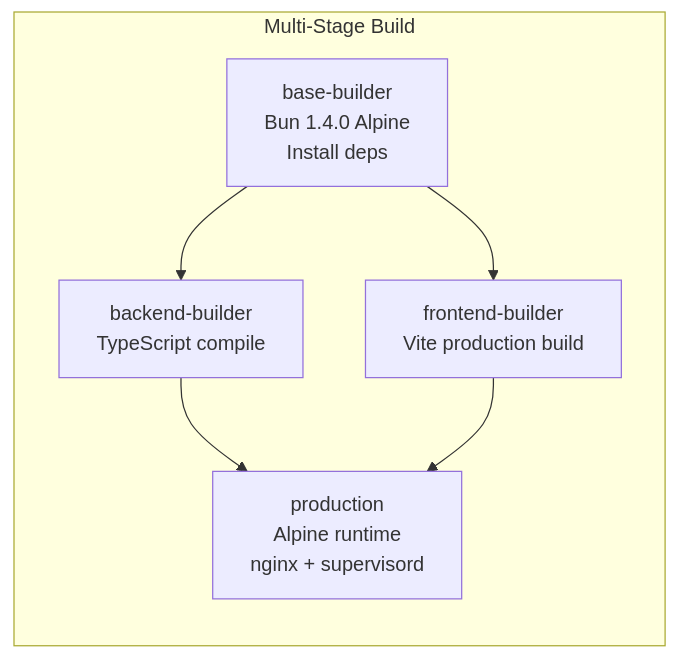
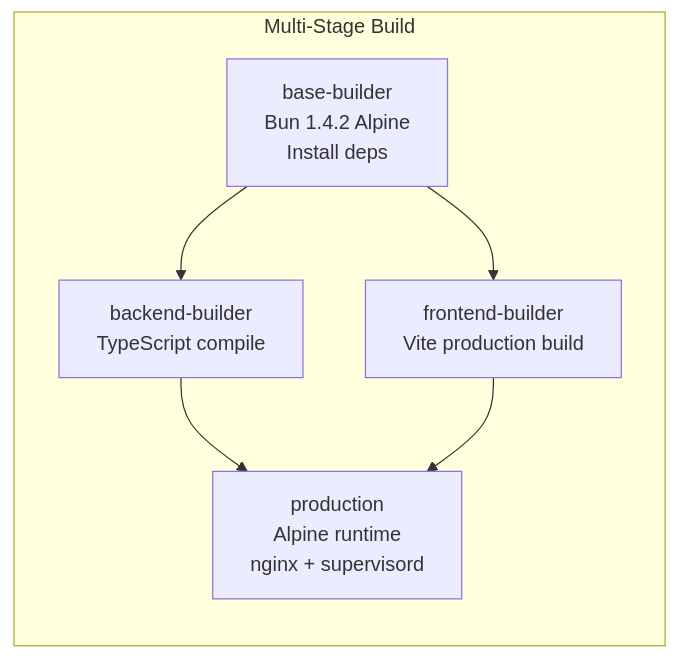
Before and after one commit to NomadicDaddy/spernakit: the first of 3 diagrams in docs/template/architecture/deployment-architecture.md, drawn with Mermaid. The commit also changed 50 other files, not shown here.

````diff
--- a/docs/template/architecture/deployment-architecture.md
+++ b/docs/template/architecture/deployment-architecture.md
@@ -7,14 +7,14 @@
 ```mermaid
 graph LR
     subgraph "Multi-Stage Build"
-        base["base-builder<br/>Bun 1.4.0 Alpine<br/>Install deps"]
+        base["base-builder<br/>Bun 1.4.2 Alpine<br/>Install deps"]
         backend["backend-builder<br/>TypeScript compile"]
         frontend["frontend-builder<br/>Vite production build"]
         prod["production<br/>Alpine runtime<br/>nginx + supervisord"]
     end
 
     base --> backend
     base --> frontend
     backend --> prod
     frontend --> prod
 ```
````
